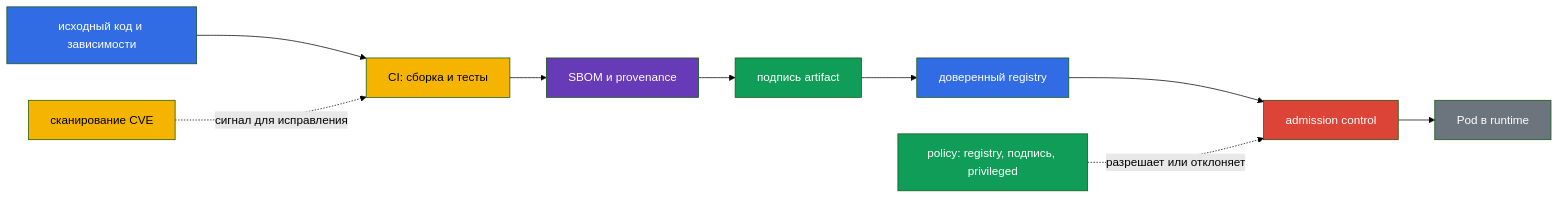
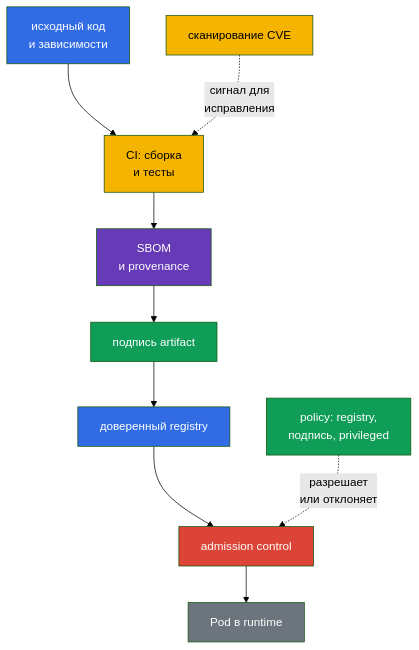
The first of 2 diagrams in tasks/kcsa/course/17/ru.md (ViktorUJ/cks), drawn with Mermaid (forest theme) before and after one commit. The commit also changed other lines of this file and 60 other files, not shown here.

````diff
--- a/tasks/kcsa/course/17/ru.md
+++ b/tasks/kcsa/course/17/ru.md
@@ -9,20 +9,20 @@
 ```mermaid
-flowchart LR
-    code["исходный код и зависимости"] --> ci["CI: сборка и тесты"]
-    ci --> sbom["SBOM и provenance"]
+flowchart TB
+    code["исходный код<br/>и зависимости"] --> ci["CI: сборка<br/>и тесты"]
+    ci --> sbom["SBOM<br/>и provenance"]
     sbom --> sign["подпись artifact"]
     sign --> registry["доверенный registry"]
     registry --> admission["admission control"]
     admission --> runtime["Pod в runtime"]
-    scan["сканирование CVE"] -. "сигнал для исправления" .-> ci
-    policy["policy: registry, подпись, privileged"] -. "разрешает или отклоняет" .-> admission
+    scan["сканирование CVE"] -. "сигнал для<br/>исправления" .-> ci
+    policy["policy: registry,<br/>подпись, privileged"] -. "разрешает<br/>или отклоняет" .-> admission
     style code fill:#326ce5,color:#fff
     style ci fill:#f4b400,color:#000
     style sbom fill:#673ab7,color:#fff
     style sign fill:#0f9d58,color:#fff
     style registry fill:#326ce5,color:#fff
     style admission fill:#db4437,color:#fff
     style runtime fill:#6c757d,color:#fff
     style scan fill:#f4b400,color:#000
     style policy fill:#0f9d58,color:#fff
 ```
````
